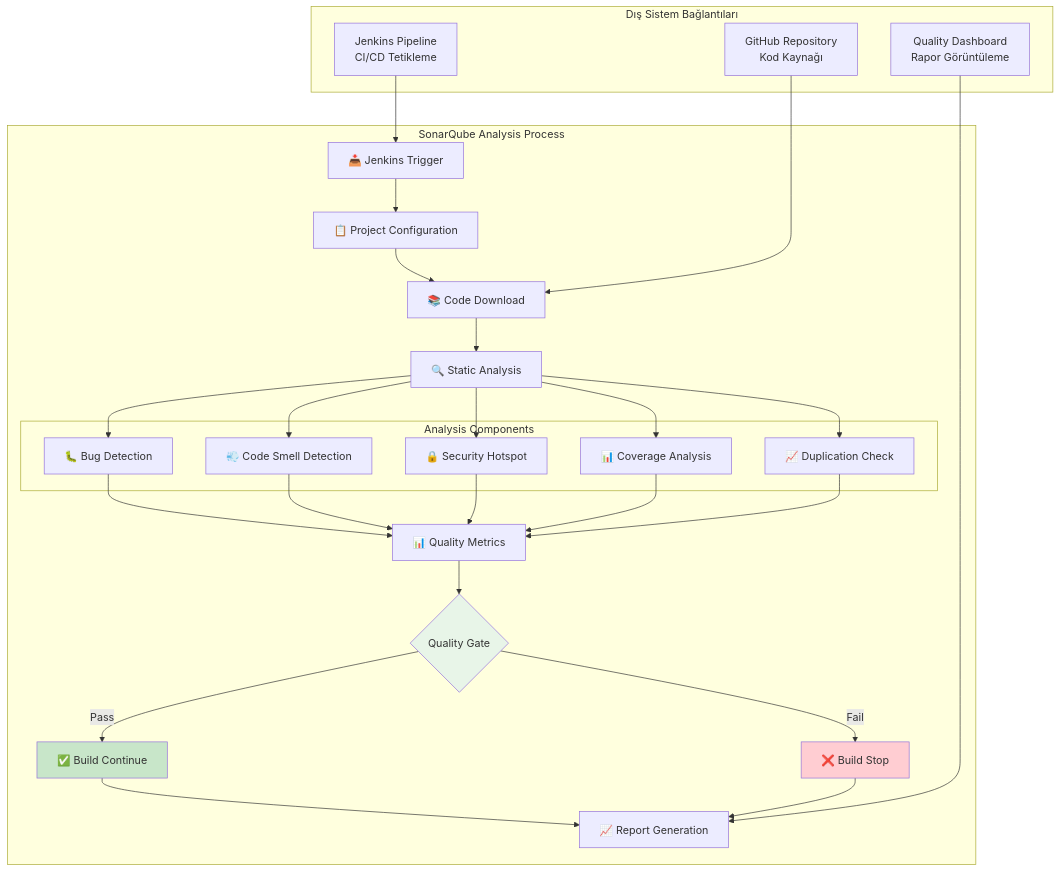
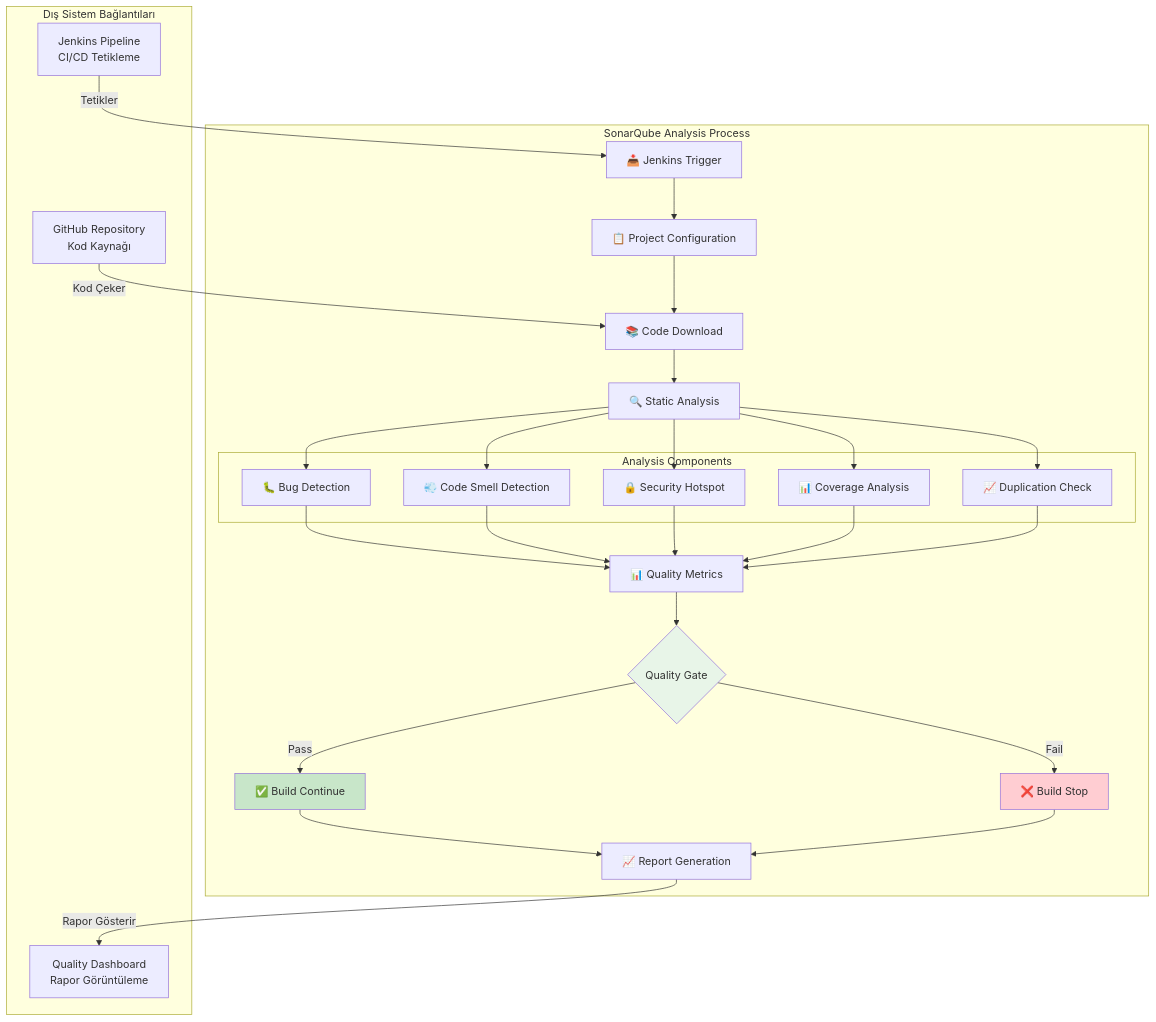
The fourth of 9 diagrams in detailed-devops-diagrams.md (onurglr/aws-pipeline), drawn with Mermaid before and after one commit. The commit also changed other lines of this file, not shown here.

````diff
--- a/detailed-devops-diagrams.md
+++ b/detailed-devops-diagrams.md
@@ -133,45 +133,45 @@
 ```mermaid
 graph TB
     subgraph "SonarQube Analysis Process"
         A[📥 Jenkins Trigger] --> B[📋 Project Configuration]
         B --> C[📚 Code Download]
         C --> D[🔍 Static Analysis]
         
         subgraph "Analysis Components"
             D1[🐛 Bug Detection]
             D2[💨 Code Smell Detection]
             D3[🔒 Security Hotspot]
             D4[📊 Coverage Analysis]
             D5[📈 Duplication Check]
         end
         
         D --> D1
         D --> D2
         D --> D3
         D --> D4
         D --> D5
         
         D1 --> E[📊 Quality Metrics]
         D2 --> E
         D3 --> E
         D4 --> E
         D5 --> E
         
         E --> F{Quality Gate}
         F -->|Pass| G[✅ Build Continue]
         F -->|Fail| H[❌ Build Stop]
         
         G --> I[📈 Report Generation]
         H --> I
     end
     
     subgraph "Dış Sistem Bağlantıları"
-        J[Jenkins Pipeline<br/>CI/CD Tetikleme] --> A
-        K[GitHub Repository<br/>Kod Kaynağı] --> C
-        L[Quality Dashboard<br/>Rapor Görüntüleme] --> I
+        J[Jenkins Pipeline<br/>CI/CD Tetikleme] -->|Tetikler| A
+        K[GitHub Repository<br/>Kod Kaynağı] -->|Kod Çeker| C
+        I -->|Rapor Gösterir| L[Quality Dashboard<br/>Rapor Görüntüleme]
     end
     
     style F fill:#e8f5e8
     style G fill:#c8e6c9
     style H fill:#ffcdd2
 ```
````
